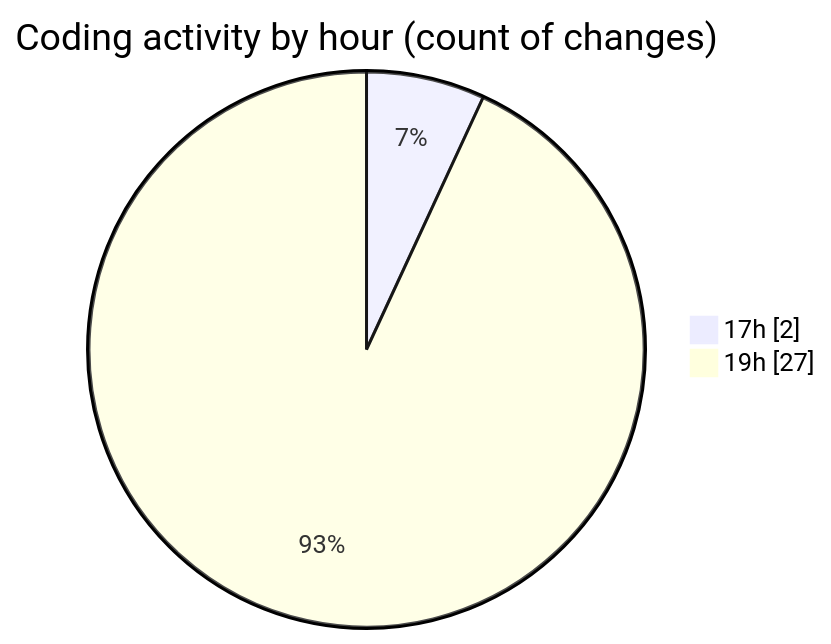
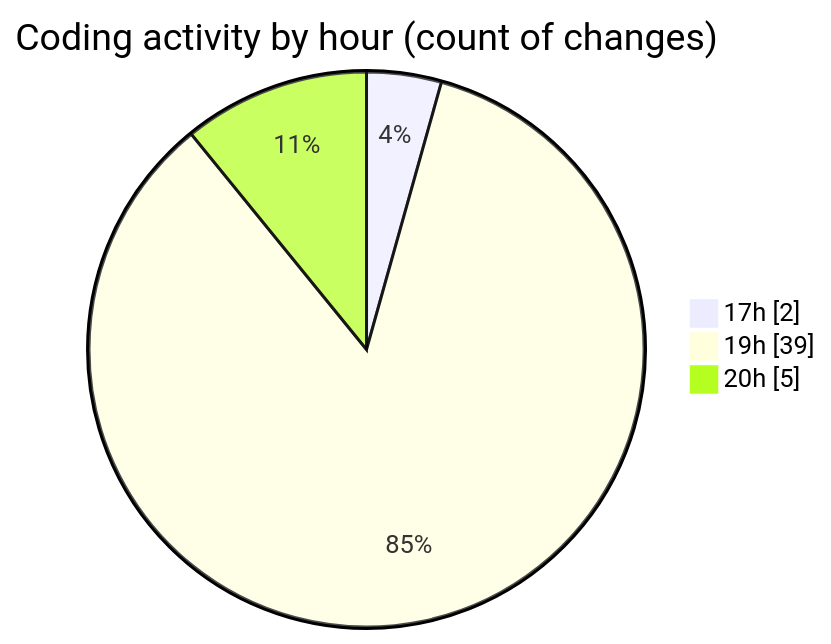
The second of 2 diagrams in 2025-10-21/skintrack/README.md (Netris89/code-tracking), drawn with Mermaid before and after one commit. The commit also changed other lines of this file and 1 other file, not shown here.

````diff
--- a/2025-10-21/skintrack/README.md
+++ b/2025-10-21/skintrack/README.md
@@ -39,6 +39,7 @@
 ```mermaid
 pie showData
 title Coding activity by hour (count of changes)
 "17h" : 2
-"19h" : 27
+"19h" : 39
+"20h" : 5
 ```
````
